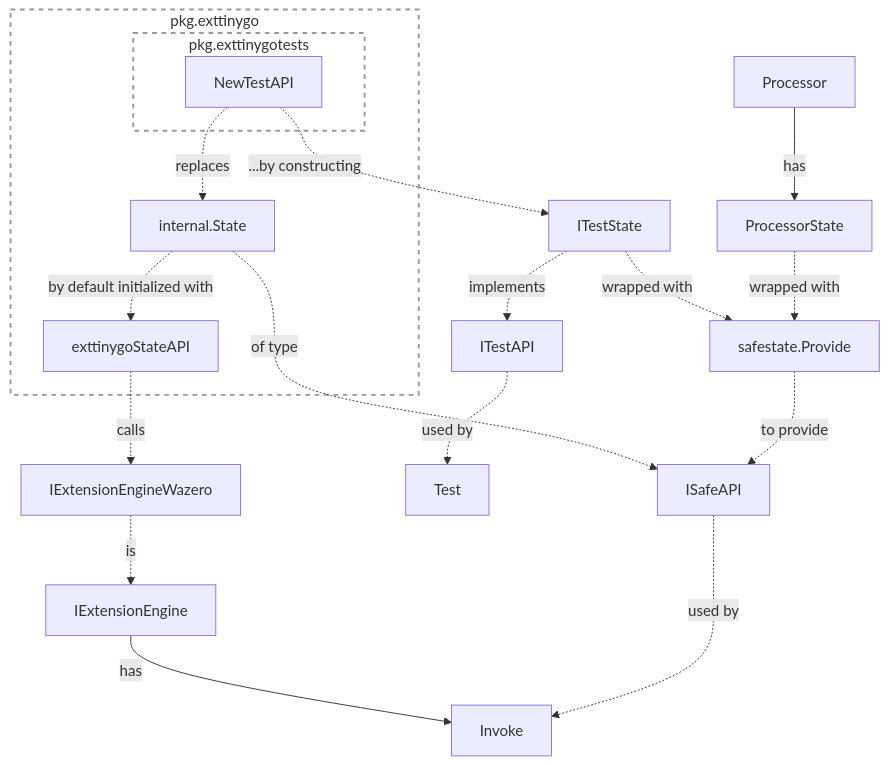
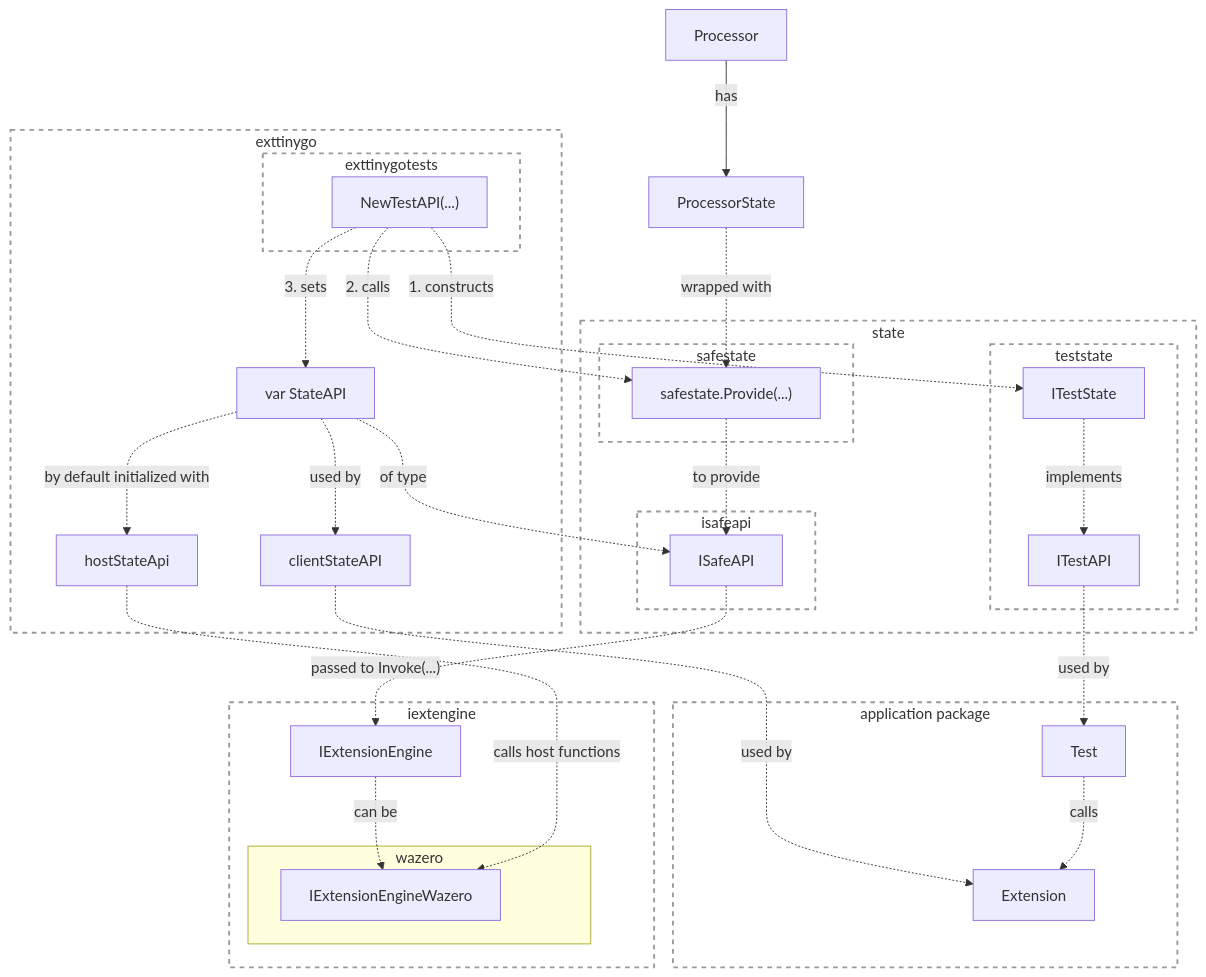
Before and after one commit to voedger/voedger: the diagram in pkg/state/README.md, drawn with Mermaid. The commit also changed other lines of this file and 8 other files, not shown here.

````diff
--- a/pkg/state/README.md
+++ b/pkg/state/README.md
@@ -2,32 +2,67 @@
 ```mermaid
 flowchart TD
-    pkg.exttinygo:::G
-    pkg.exttinygotests:::G
-    subgraph pkg.exttinygo
-        internal.State
-        exttinygoStateAPI
-        subgraph pkg.exttinygotests
-            NewTestAPI
+    exttinygo:::G
+    exttinygotests:::G
+    state:::G
+    isafeapi:::G
+    safestate:::G
+    teststate:::G
+    iextengine:::G
+    application:::G
+    subgraph exttinygo
+        internal.State["var StateAPI"]
+        hostAPI["hostStateApi"]
+        clientStateAPI["clientStateAPI"]
+        subgraph exttinygotests
+            NewTestAPI["NewTestAPI(...)"]
         end
     end
+    subgraph state
+        subgraph isafeapi
+            ISafeAPI["ISafeAPI"]
+        end
+        subgraph teststate
+            ITestState["ITestState"]
+            ITestAPI["ITestAPI"]
+        end
+        subgraph safestate
+            safestate.Provide["safestate.Provide(...)"]
+        end
+    end
+    subgraph application["application package"]
+        Test
+        Extension   
+    end
+    subgraph iextengine
+        subgraph wazero
+            IExtensionEngineWazero["IExtensionEngineWazero"]
+        end
+
+        IExtensionEngine["IExtensionEngine"]
+    end
     
-    internal.State -.-> |by default initialized with| exttinygoStateAPI
+    internal.State -.-> |by default initialized with| hostAPI
     internal.State -.-> |of type| ISafeAPI
-    ITestState -.-> |wrapped with| safestate.Provide
-    NewTestAPI -.-> |...by constructing| ITestState
+    internal.State -.-> |used by| clientStateAPI
+
+    NewTestAPI -.-> |1. constructs| ITestState
+    NewTestAPI -.-> |2. calls| safestate.Provide
+    NewTestAPI -.-> |3. sets| internal.State
     ITestState -.-> |implements| ITestAPI
     ITestAPI -.-> |used by| Test
-    NewTestAPI -.-> |replaces| internal.State
     safestate.Provide -.-> |to provide| ISafeAPI
 
-    exttinygoStateAPI -.-> |calls| IExtensionEngineWazero
-    IExtensionEngineWazero -.-> |is| IExtensionEngine
-    IExtensionEngine --> |has| Invoke
+    hostAPI -.-> |calls host functions| IExtensionEngineWazero
+    IExtensionEngine -.-> |can be| IExtensionEngineWazero
+
 
     Processor --> |has| ProcessorState
     ProcessorState -.-> |wrapped with| safestate.Provide
-    ISafeAPI -.-> |used by| Invoke
+    ISafeAPI -.-> |"passed to Invoke(...)"| IExtensionEngine
+
+    Test -.-> |calls| Extension
+    clientStateAPI -.-> |used by|Extension
 
 classDef G fill:#ffffff15, stroke:#999, stroke-width:2px, stroke-dasharray: 5 5
 
 ```
````
